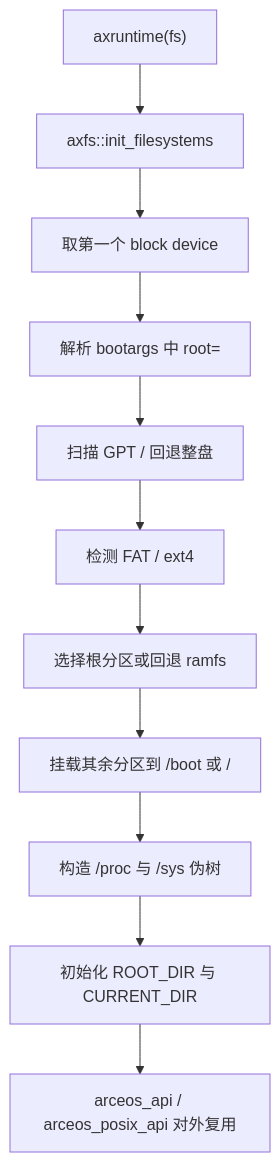
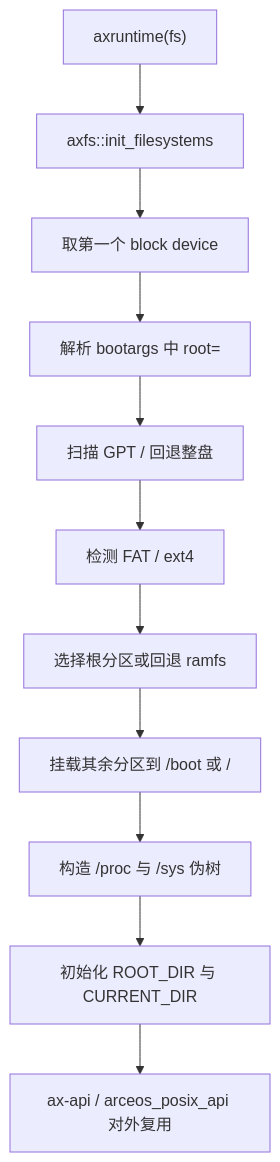
One commit to zKurisu/tgoskits changed the first of 2 diagrams in docs/crates/axfs.md. Above: the diagram before and after it, drawn with Mermaid. The commit also changed other lines of this file and 61 other files, not shown here.

Commit message:
rename arceos_api to ax-api

````diff
--- a/docs/crates/axfs.md
+++ b/docs/crates/axfs.md
@@ -36,13 +36,13 @@
 ```mermaid
 flowchart TD
     A["axruntime(fs)"] --> B["axfs::init_filesystems"]
     B --> C["取第一个 block device"]
     C --> D["解析 bootargs 中 root="]
     D --> E["扫描 GPT / 回退整盘"]
     E --> F["检测 FAT / ext4"]
     F --> G["选择根分区或回退 ramfs"]
     G --> H["挂载其余分区到 /boot 或 /<name>"]
     H --> I["构造 /proc 与 /sys 伪树"]
     I --> J["初始化 ROOT_DIR 与 CURRENT_DIR"]
-    J --> K["arceos_api / arceos_posix_api 对外复用"]
+    J --> K["ax-api / arceos_posix_api 对外复用"]
 ```
````
